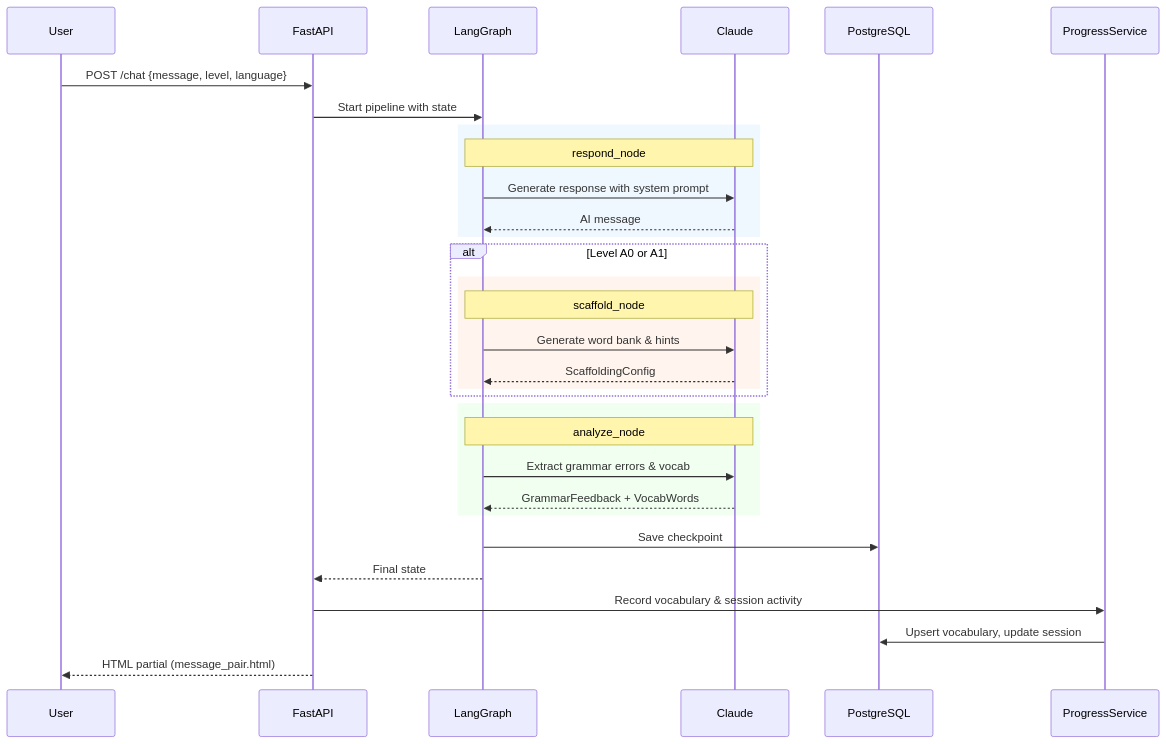
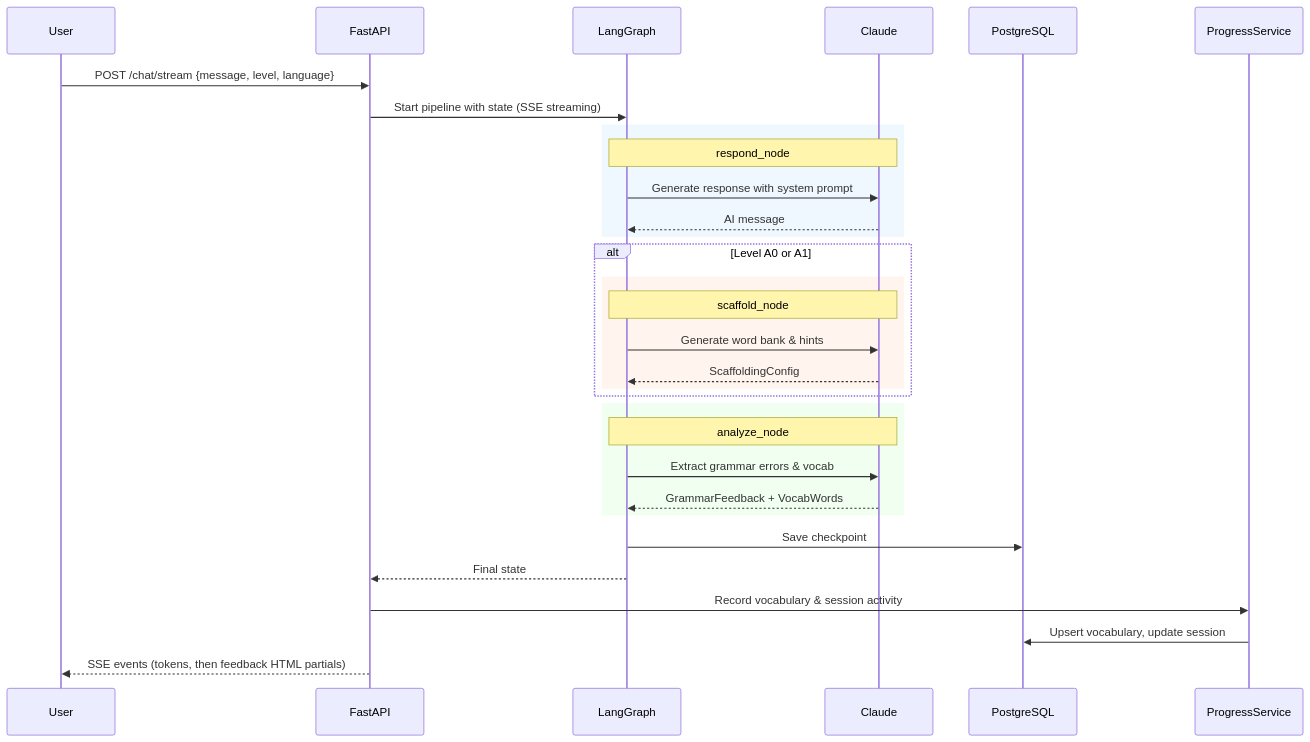
The third of 4 diagrams in docs/codebase-summary.md (darth-dodo/habla-hermano), drawn with Mermaid before and after one commit. The commit also changed other lines of this file and 4 other files, not shown here.

First line of the commit message:
docs: update all documentation for phase15 SSE streaming

````diff
--- a/docs/codebase-summary.md
+++ b/docs/codebase-summary.md
@@ -324,38 +327,38 @@
 ```mermaid
 sequenceDiagram
     participant U as User
     participant API as FastAPI
     participant G as LangGraph
     participant AI as Claude
     participant DB as PostgreSQL
     participant PS as ProgressService
 
-    U->>API: POST /chat {message, level, language}
-    API->>G: Start pipeline with state
+    U->>API: POST /chat/stream {message, level, language}
+    API->>G: Start pipeline with state (SSE streaming)
 
     rect rgb(240, 248, 255)
         Note over G,AI: respond_node
         G->>AI: Generate response with system prompt
         AI-->>G: AI message
     end
 
     alt Level A0 or A1
         rect rgb(255, 245, 238)
             Note over G,AI: scaffold_node
             G->>AI: Generate word bank & hints
             AI-->>G: ScaffoldingConfig
         end
     end
 
     rect rgb(240, 255, 240)
         Note over G,AI: analyze_node
         G->>AI: Extract grammar errors & vocab
         AI-->>G: GrammarFeedback + VocabWords
     end
 
     G->>DB: Save checkpoint
     G-->>API: Final state
     API->>PS: Record vocabulary & session activity
     PS->>DB: Upsert vocabulary, update session
-    API-->>U: HTML partial (message_pair.html)
+    API-->>U: SSE events (tokens, then feedback HTML partials)
 ```
````
